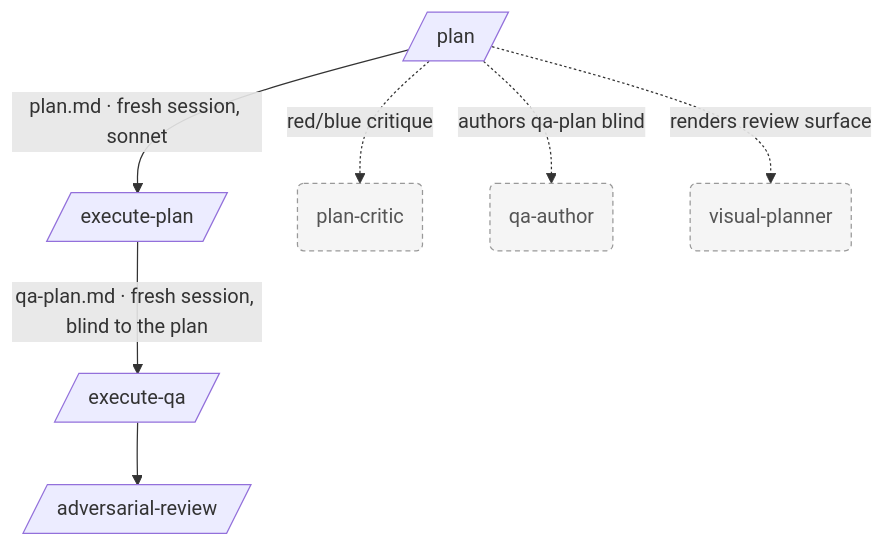
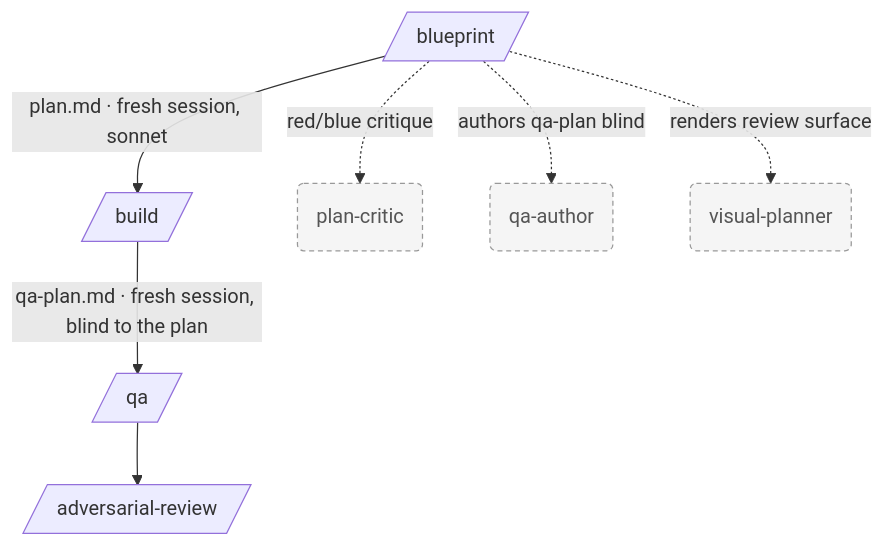
The diagram in README.md (vpaivag/skills), drawn with Mermaid before and after one commit. The commit also changed other lines of this file and 14 other files, not shown here.

First line of the commit message:
fix!: rename skills to the BBQ flow + prod feedback hardening

````diff
--- a/README.md
+++ b/README.md
@@ -7,22 +7,22 @@
 ```mermaid
 flowchart TD
-    plan[/plan/]
-    execute[/execute-plan/]
-    qa[/execute-qa/]
+    plan[/blueprint/]
+    execute[/build/]
+    qa[/qa/]
     adv[/adversarial-review/]
 
     plan -->|"plan.md · fresh session, sonnet"| execute
     execute -->|"qa-plan.md · fresh session, blind to the plan"| qa
     qa --> adv
 
     critic(plan-critic)
     author(qa-author)
     visual(visual-planner)
 
     plan -.red/blue critique.-> critic
     plan -.authors qa-plan blind.-> author
     plan -.renders review surface.-> visual
 
     classDef helper fill:#f5f5f5,stroke:#999,stroke-dasharray:4 3,color:#555
     class critic,author,visual helper
 ```
````
